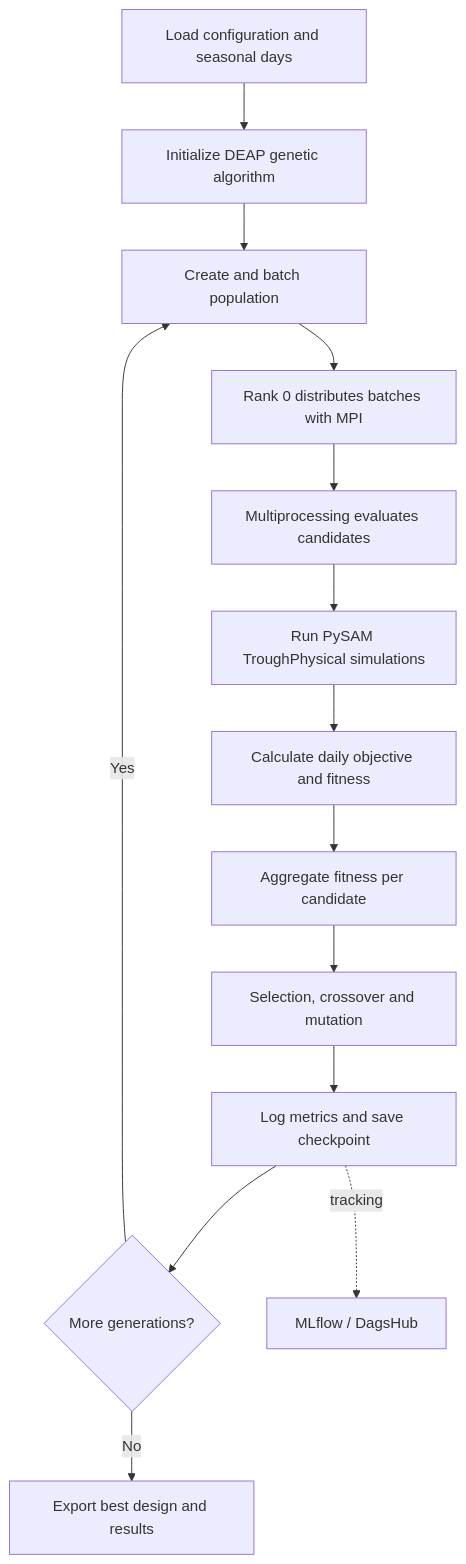
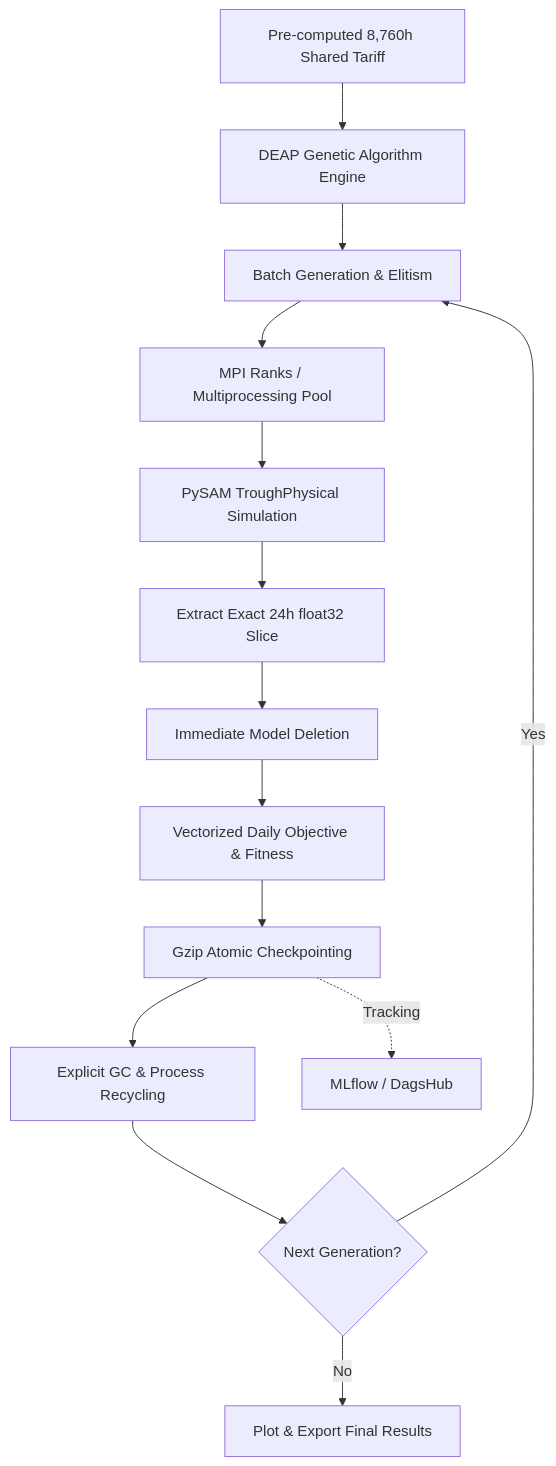
One commit to Ary0Darkk/Solar-Plant-Design-Optimisation changed the diagram in Readme.md. Above: the diagram before and after it, drawn with Mermaid. The commit also changed other lines of this file and 29 other files, not shown here.

Commit message:
Replace legacy codebase with memory-efficient optimized_pipeline architecture

````diff
--- a/Readme.md
+++ b/Readme.md
@@ -14,16 +13,16 @@
 ``` mermaid
 flowchart TD
-    A[Load configuration and seasonal days] --> B[Initialize DEAP genetic algorithm]
-    B --> C[Create and batch population]
-    C --> D[Rank 0 distributes batches with MPI]
-    D --> E[Multiprocessing evaluates candidates]
-    E --> F[Run PySAM TroughPhysical simulations]
-    F --> G[Calculate daily objective and fitness]
-    G --> H[Aggregate fitness per candidate]
-    H --> I[Selection, crossover and mutation]
-    I --> J[Log metrics and save checkpoint]
-    J --> K{More generations?}
+    A[Pre-computed 8,760h Shared Tariff] --> B[DEAP Genetic Algorithm Engine]
+    B --> C[Batch Generation & Elitism]
+    C --> D[MPI Ranks / Multiprocessing Pool]
+    D --> E[PySAM TroughPhysical Simulation]
+    E --> F[Extract Exact 24h float32 Slice]
+    F --> G[Immediate Model Deletion]
+    G --> H[Vectorized Daily Objective & Fitness]
+    H --> I[Gzip Atomic Checkpointing]
+    I --> J[Explicit GC & Process Recycling]
+    J --> K{Next Generation?}
     K -- Yes --> C
-    K -- No --> L[Export best design and results]
-    J -. tracking .-> M[MLflow / DagsHub]
+    K -- No --> L[Plot & Export Final Results]
+    I -. Tracking .-> M[MLflow / DagsHub]
 ```
````
